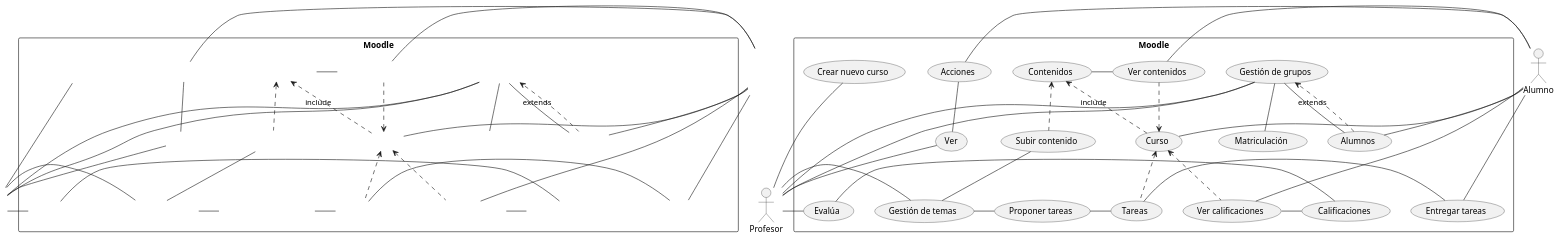
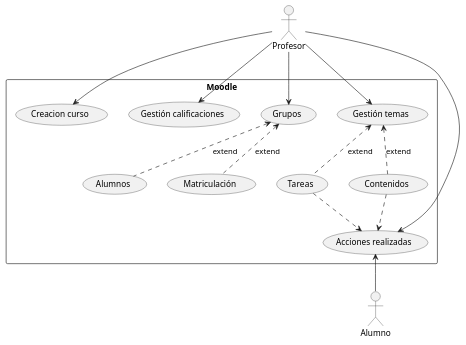
One commit to sarosilla/CasosUso changed the diagram in moodle.puml. Above: the diagram before and after it, drawn with PlantUML.

```diff
--- a/moodle.puml
+++ b/moodle.puml
@@ -1,41 +1,21 @@
 @startuml
 :Alumno:
 :Profesor:
 rectangle Moodle{
-:Alumno: -down- (Curso)
-(Curso)
-(Alumnos)
-(Tareas)
-(Matriculación)
-(Calificaciones)
-(Crear nuevo curso)
-(Contenidos)
-(Ver) -up- (Acciones)
-:Profesor: -up- (Ver)
-:Profesor: -left- (Gestión de grupos)
-:Profesor: -down- (Gestión de grupos)
-(Gestión de grupos) -d- (Alumnos)
-(Gestión de grupos) -down- (Matriculación)
-(Alumnos) .down.>(Gestión de grupos) :extends
-:Alumno: -down- (Acciones)
-:Alumno: -right-(Entregar tareas)
-(Entregar tareas) -right- (Tareas)
-:Alumno: -up- (Ver calificaciones)
-(Ver calificaciones) .up.>(Curso)
-(Curso) .down.>(Contenidos) :include
-(Contenidos) - (Ver contenidos)
-:Alumno: -left- (Ver contenidos)
-(Ver calificaciones) - Calificaciones
-:Profesor: -d- (Crear nuevo curso)
-:Profesor: -right- (Gestión de temas)
-(Gestión de temas) - (Proponer tareas)
-(Proponer tareas) - (Tareas)
-(Tareas) .up.>(Curso)
-(Ver contenidos) .>(Curso)
-(Gestión de temas) -up- (Subir contenido)
-(Subir contenido) .up.> (Contenidos)
-:Profesor: -left- (Evalúa)
-(Evalúa)- (Calificaciones)
-:Alumno: -right- (Alumnos) 
+(Creacion curso)
+(Grupos)
+(Gestión temas)<.down. (Contenidos) :extend
+(Gestión temas) <.down.(Tareas) :extend
+(Gestión calificaciones)
+:Profesor: ->(Creacion curso)
+:Profesor: -down->(Gestión temas)
+:Profesor: -down-> (Grupos)
+:Profesor: ->(Gestión calificaciones)
+(Grupos) <.down. (Alumnos) :extend
+(Grupos) <.down. (Matriculación) :extend
+:Alumno: -up-> (Acciones realizadas)
+(Acciones realizadas) <.up. (Contenidos)
+(Acciones realizadas) <.up. (Tareas)
+:Profesor: -> (Acciones realizadas)
 }
 @enduml
```
